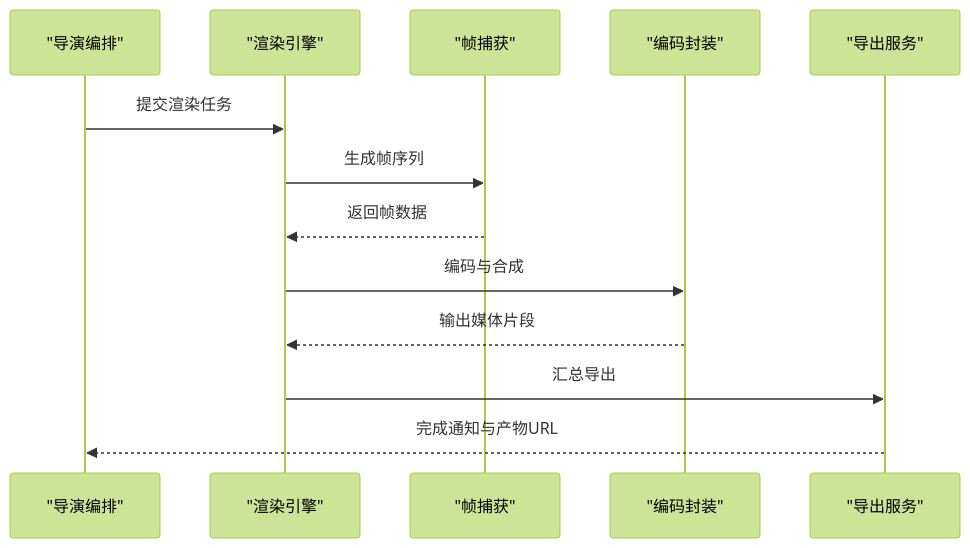
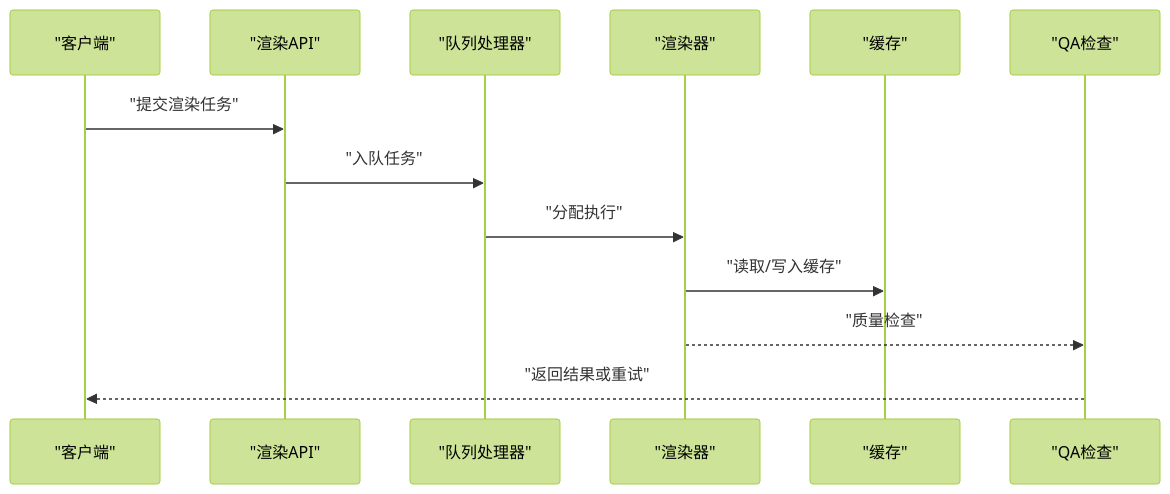
Before and after one commit to scottcwy/PurpleInk: the fifth of 8 diagrams in .qoder/repowiki/zh/content/项目概述/核心功能特性/核心功能特性.md, drawn with Mermaid (forest theme). The commit also changed other lines of this file and 872 other files, not shown here.

````diff
--- a/.qoder/repowiki/zh/content/项目概述/核心功能特性/核心功能特性.md
+++ b/.qoder/repowiki/zh/content/项目概述/核心功能特性/核心功能特性.md
@@ -231,15 +215,15 @@
 ```mermaid
 sequenceDiagram
-participant DIR as "导演编排"
-participant RND as "渲染引擎"
-participant CAP as "帧捕获"
-participant ENC as "编码封装"
-participant EXP as "导出服务"
-DIR->>RND : 提交渲染任务
-RND->>CAP : 生成帧序列
-CAP-->>RND : 返回帧数据
-RND->>ENC : 编码与合成
-ENC-->>RND : 输出媒体片段
-RND->>EXP : 汇总导出
-EXP-->>DIR : 完成通知与产物URL
+participant Client as "客户端"
+participant RenderAPI as "渲染API"
+participant Queue as "队列处理器"
+participant Renderer as "渲染器"
+participant Cache as "缓存"
+participant QA as "QA检查"
+Client->>RenderAPI : "提交渲染任务"
+RenderAPI->>Queue : "入队任务"
+Queue->>Renderer : "分配执行"
+Renderer->>Cache : "读取/写入缓存"
+Renderer-->>QA : "质量检查"
+QA-->>Client : "返回结果或重试"
 ```
````
